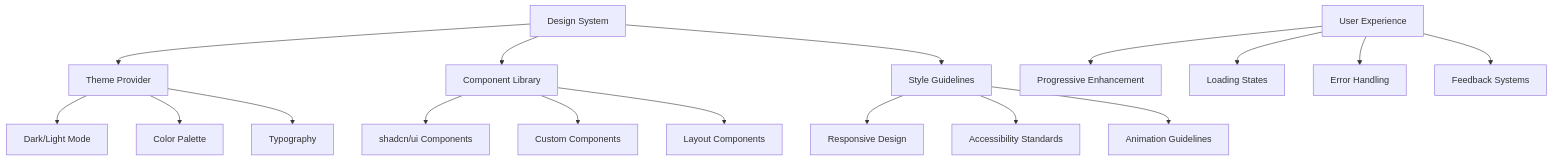
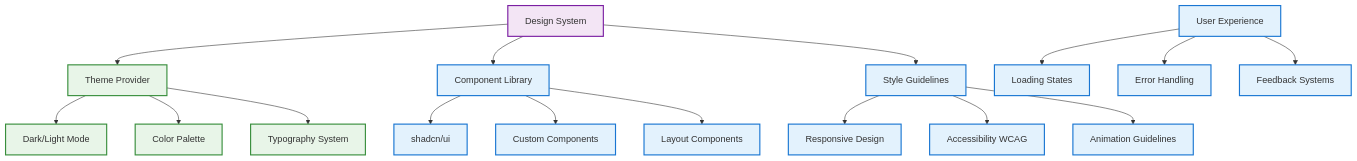
The ninth of 11 diagrams in ARCHITECTURE_DIAGRAMS.md (Om7035/student-market), drawn with Mermaid before and after one commit. The commit also changed other lines of this file, not shown here.

````diff
--- a/ARCHITECTURE_DIAGRAMS.md
+++ b/ARCHITECTURE_DIAGRAMS.md
@@ -598,23 +465,30 @@
 ```mermaid
 graph TB
-    A[Design System] --> B[Theme Provider]
-    A --> C[Component Library]
-    A --> D[Style Guidelines]
+    DesignSystem[Design System] --> Theme[Theme Provider]
+    DesignSystem --> Components[Component Library]
+    DesignSystem --> Guidelines[Style Guidelines]
     
-    B --> E[Dark/Light Mode]
-    B --> F[Color Palette]
-    B --> G[Typography]
+    Theme --> DarkMode[Dark/Light Mode]
+    Theme --> Colors[Color Palette]
+    Theme --> Typography[Typography System]
     
-    C --> H[shadcn/ui Components]
-    C --> I[Custom Components]
-    C --> J[Layout Components]
+    Components --> Shadcn[shadcn/ui]
+    Components --> Custom[Custom Components]
+    Components --> Layout[Layout Components]
     
-    D --> K[Responsive Design]
-    D --> L[Accessibility Standards]
-    D --> M[Animation Guidelines]
+    Guidelines --> Responsive[Responsive Design]
+    Guidelines --> Accessibility[Accessibility WCAG]
+    Guidelines --> Animations[Animation Guidelines]
     
-    N[User Experience] --> O[Progressive Enhancement]
-    N --> P[Loading States]
-    N --> Q[Error Handling]
-    N --> R[Feedback Systems]
+    UX[User Experience] --> Loading[Loading States]
+    UX --> Errors[Error Handling]
+    UX --> Feedback[Feedback Systems]
+    
+    classDef designBox fill:#f3e5f5,stroke:#7b1fa2,stroke-width:2px
+    classDef themeBox fill:#e8f5e8,stroke:#388e3c,stroke-width:2px
+    classDef uxBox fill:#e3f2fd,stroke:#1976d2,stroke-width:2px
+    
+    class DesignSystem designBox
+    class Theme,DarkMode,Colors,Typography themeBox
+    class Components,Shadcn,Custom,Layout,Guidelines,Responsive,Accessibility,Animations,UX,Loading,Errors,Feedback uxBox
 ```
````
